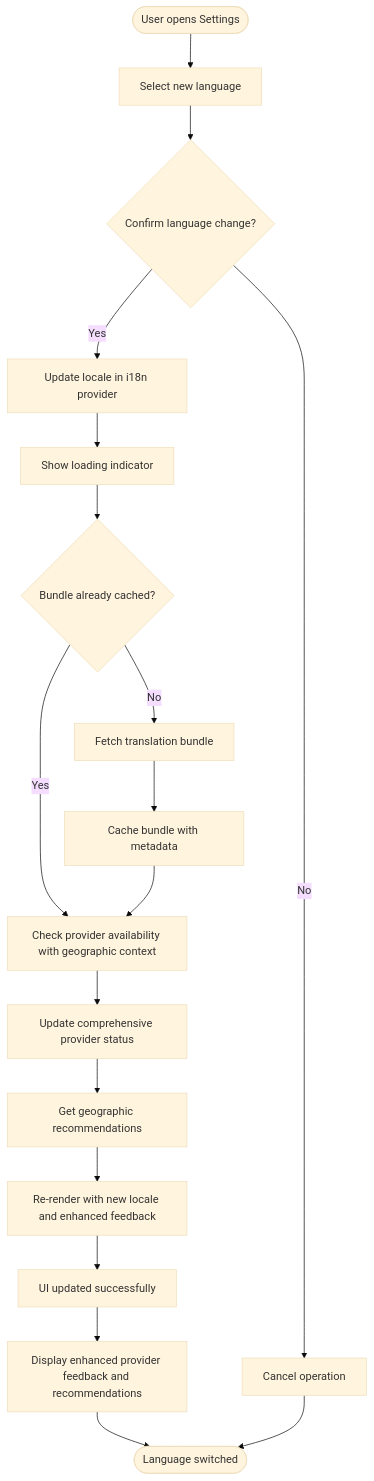
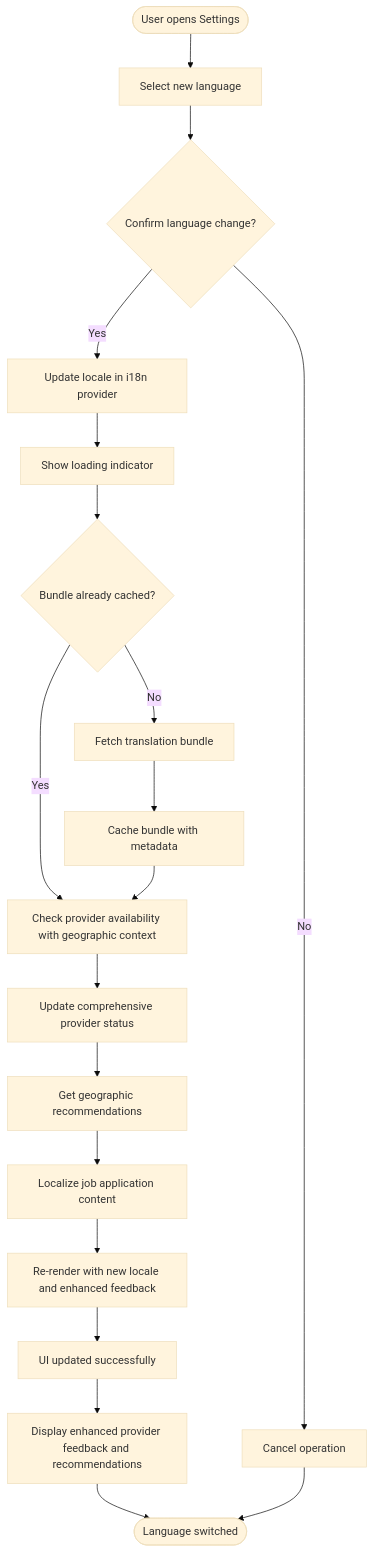
The fourth of 5 diagrams in .qoder/repowiki/en/content/Utility Libraries/Internationalization (i18n).md (zmyeo54/briefroom), drawn with Mermaid (base theme) before and after one commit. The commit also changed other lines of this file and 16 other files, not shown here.

````diff
--- a/.qoder/repowiki/en/content/Utility Libraries/Internationalization (i18n).md
+++ b/.qoder/repowiki/en/content/Utility Libraries/Internationalization (i18n).md
@@ -289,20 +312,21 @@
 ```mermaid
 flowchart TD
 Start(["User opens Settings"]) --> Select["Select new language"]
 Select --> Confirm{"Confirm language change?"}
 Confirm --> |Yes| Update["Update locale in i18n provider"]
 Confirm --> |No| Cancel["Cancel operation"]
 Update --> ShowLoading["Show loading indicator"]
 ShowLoading --> Reload{"Bundle already cached?"}
 Reload --> |Yes| CheckProviders["Check provider availability with geographic context"]
 Reload --> |No| Fetch["Fetch translation bundle"]
 CheckProviders --> ProviderStatus["Update comprehensive provider status"]
 ProviderStatus --> GeoRecs["Get geographic recommendations"]
-GeoRecs --> ReRender["Re-render with new locale and enhanced feedback"]
+GeoRecs --> JobLocalize["Localize job application content"]
+JobLocalize --> ReRender["Re-render with new locale and enhanced feedback"]
 Fetch --> Cache["Cache bundle with metadata"]
 Cache --> CheckProviders
 ReRender --> Success["UI updated successfully"]
 Success --> DisplayFeedback["Display enhanced provider feedback and recommendations"]
 DisplayFeedback --> End(["Language switched"])
 Cancel --> End
 ```
````
